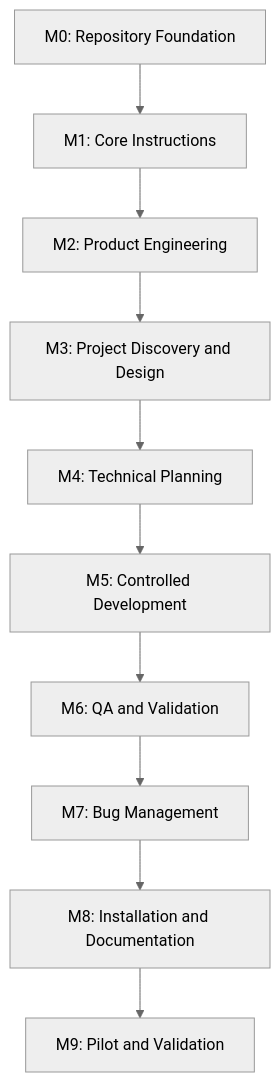
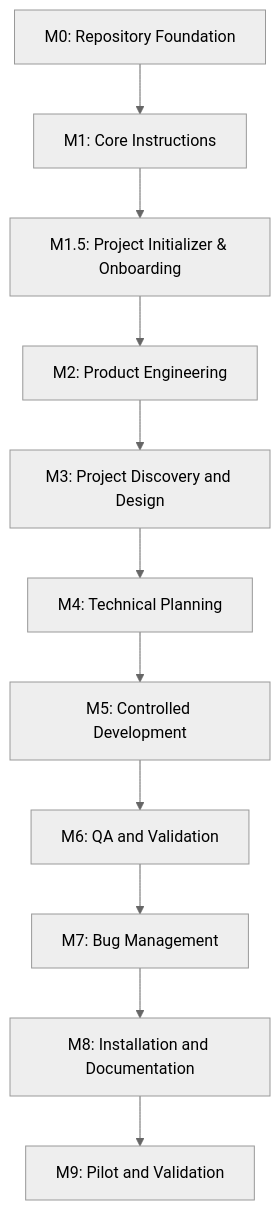
The diagram in docs/project/plan.md (Decoder614/dev-team), drawn with Mermaid (neutral theme) before and after one commit. The commit also changed other lines of this file and 27 other files, not shown here.

````diff
--- a/docs/project/plan.md
+++ b/docs/project/plan.md
@@ -1286,16 +1484,17 @@
 ```mermaid
 flowchart TD
     M0[M0: Repository Foundation]
     M1[M1: Core Instructions]
+    M1_5[M1.5: Project Initializer & Onboarding]
     M2[M2: Product Engineering]
     M3[M3: Project Discovery and Design]
     M4[M4: Technical Planning]
     M5[M5: Controlled Development]
     M6[M6: QA and Validation]
     M7[M7: Bug Management]
     M8[M8: Installation and Documentation]
     M9[M9: Pilot and Validation]
 
-    M0 --> M1 --> M2 --> M3 --> M4
+    M0 --> M1 --> M1_5 --> M2 --> M3 --> M4
     M4 --> M5 --> M6 --> M7 --> M8 --> M9
 ```
````
